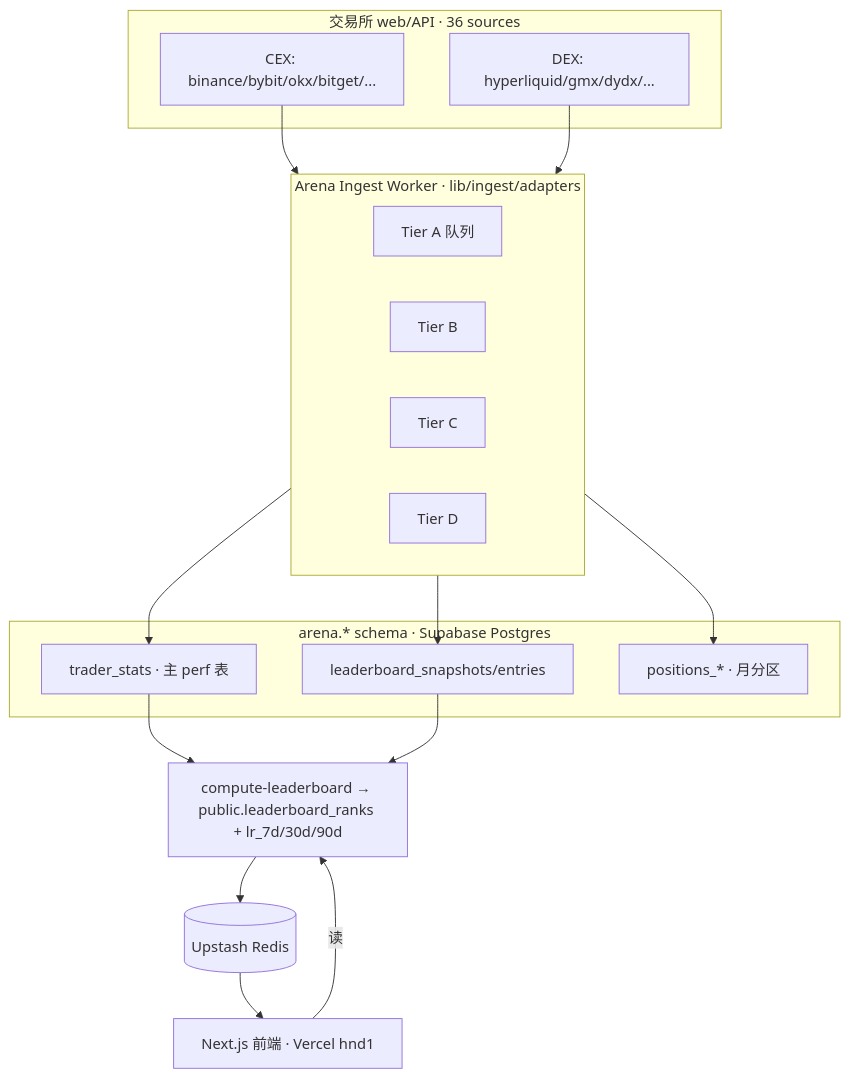
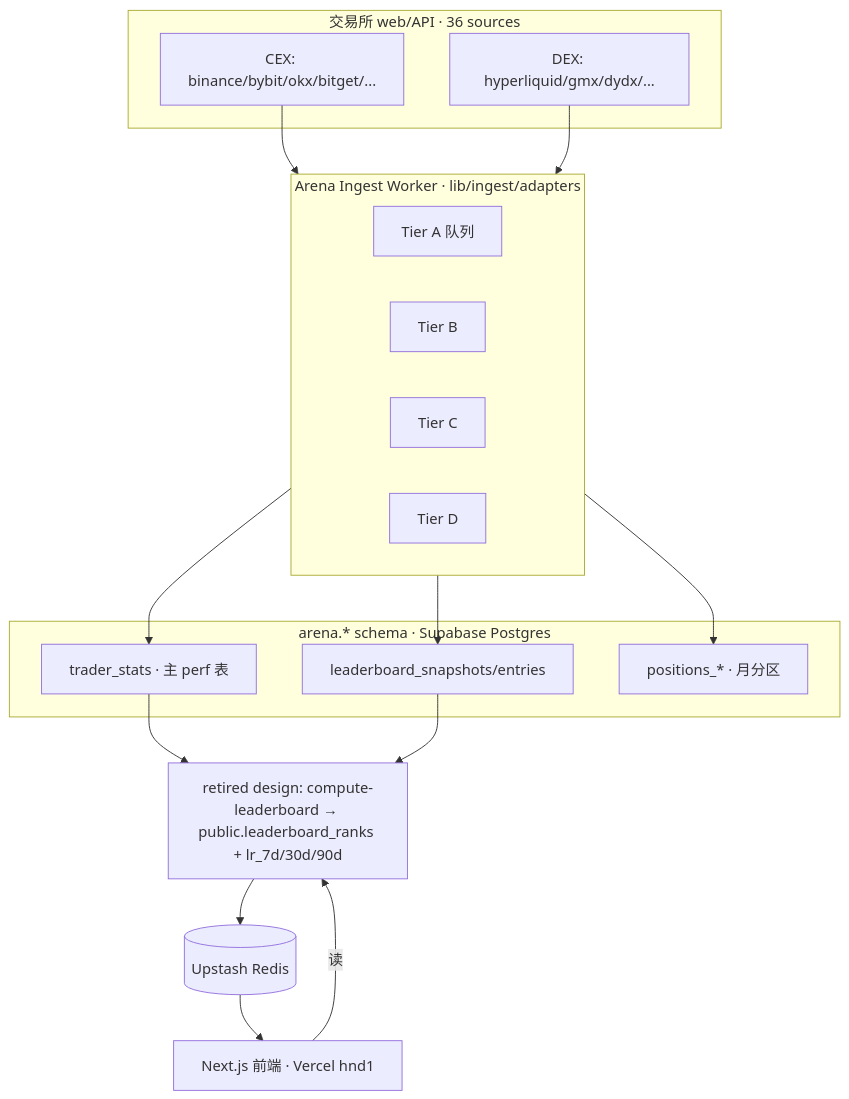
Before and after one commit to Adeline117/ranking-arena: the first of 3 diagrams in docs/ARCHITECTURE.md, drawn with Mermaid. The commit also changed other lines of this file and 36 other files, not shown here.

````diff
--- a/docs/ARCHITECTURE.md
+++ b/docs/ARCHITECTURE.md
@@ -12,36 +18,36 @@
 ```mermaid
 graph TD
   subgraph Sources[交易所 web/API · 36 sources]
     CEX[CEX: binance/bybit/okx/bitget/...]
     DEX[DEX: hyperliquid/gmx/dydx/...]
   end
 
   subgraph Ingest[Arena Ingest Worker · lib/ingest/adapters]
     direction LR
     A[Tier A 队列]
     B[Tier B]
     C[Tier C]
     D[Tier D]
   end
 
   subgraph ArenaSchema[arena.* schema · Supabase Postgres]
     SNAP[leaderboard_snapshots/entries]
     STATS[trader_stats · 主 perf 表]
     POS[positions_* · 月分区]
   end
 
-  Serving[compute-leaderboard → public.leaderboard_ranks + lr_7d/30d/90d]
+  Serving[retired design: compute-leaderboard → public.leaderboard_ranks + lr_7d/30d/90d]
   Redis[(Upstash Redis)]
   FE[Next.js 前端 · Vercel hnd1]
 
   CEX --> Ingest
   DEX --> Ingest
   Ingest --> SNAP
   Ingest --> STATS
   Ingest --> POS
   STATS --> Serving
   SNAP --> Serving
   Serving --> Redis
   Redis --> FE
   FE -->|读| Serving
 ```
````
